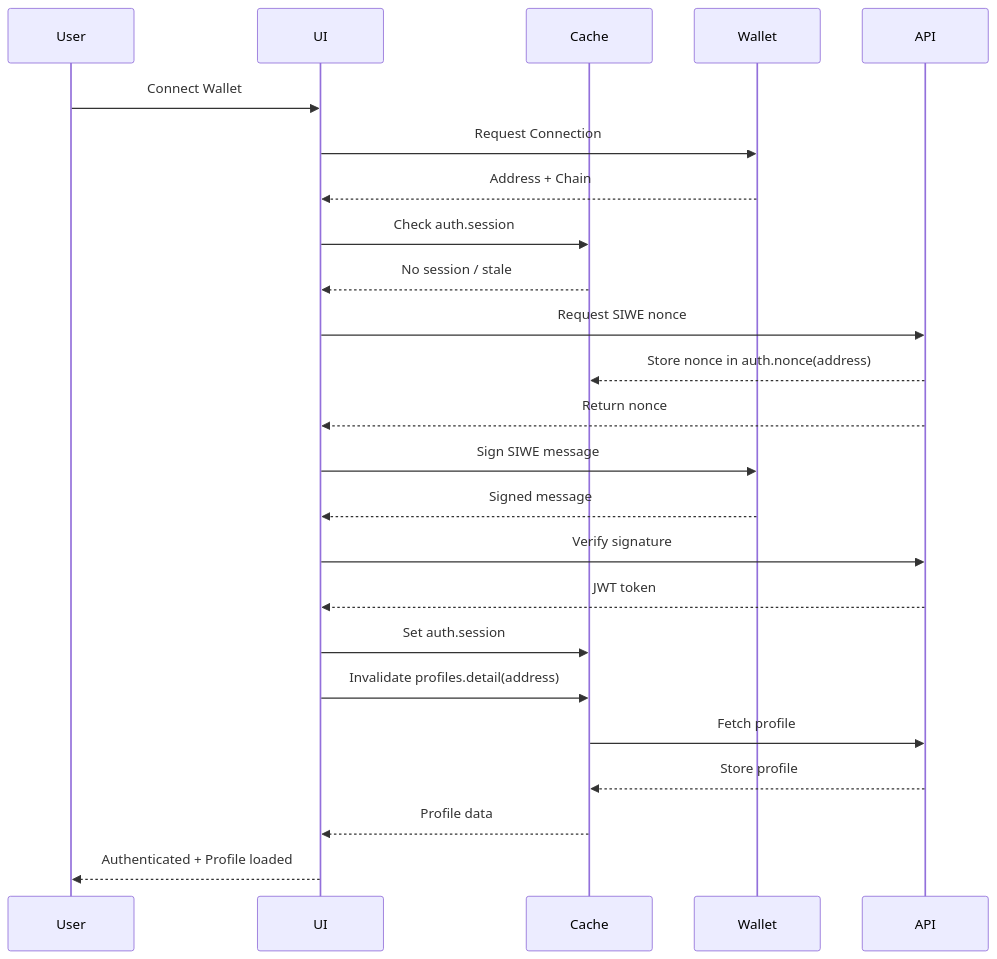
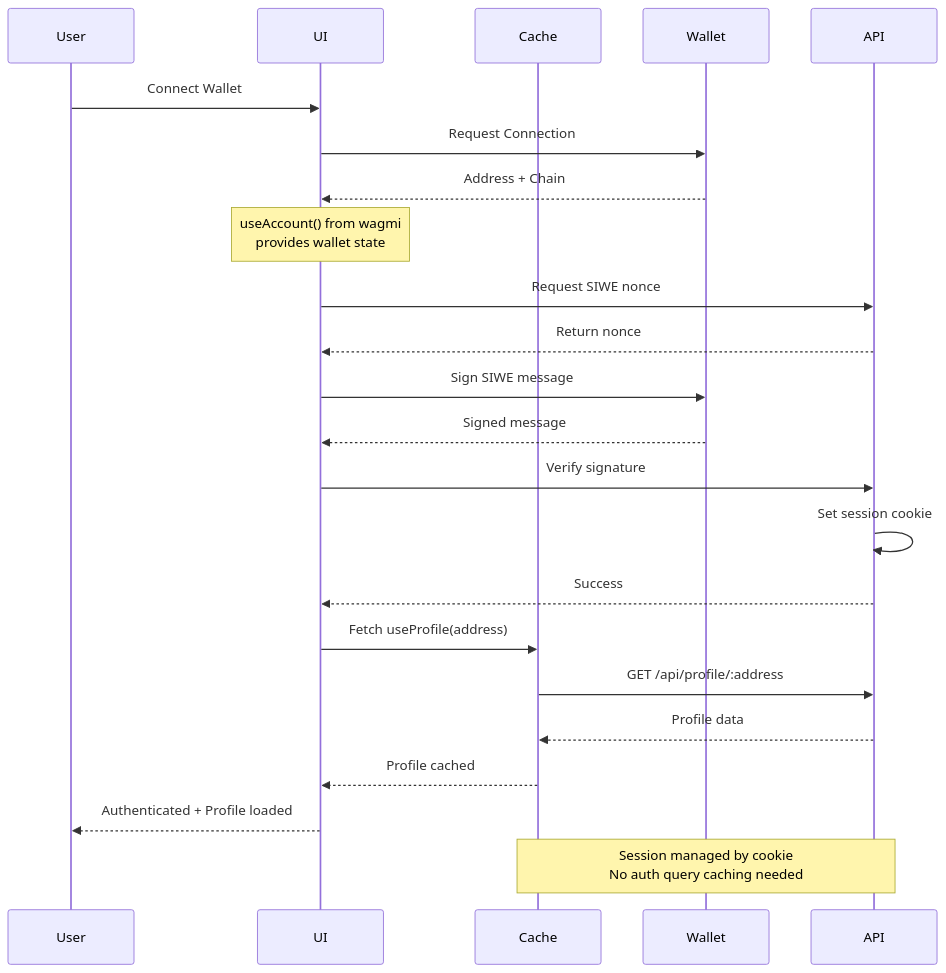
One commit to Gigentic/gigentic-escrow-minipay changed the fifth of 12 diagrams in QUERY_CACHE_ARCHITECTURE.md. Above: the diagram before and after it, drawn with Mermaid. The commit also changed other lines of this file, not shown here.

````diff
--- a/QUERY_CACHE_ARCHITECTURE.md
+++ b/QUERY_CACHE_ARCHITECTURE.md
@@ -326,34 +297,33 @@
 ```mermaid
 sequenceDiagram
     participant User
     participant UI
     participant Cache
     participant Wallet
     participant API
 
     User->>UI: Connect Wallet
     UI->>Wallet: Request Connection
     Wallet-->>UI: Address + Chain
 
-    UI->>Cache: Check auth.session
-    Cache-->>UI: No session / stale
+    Note over UI: useAccount() from wagmi<br/>provides wallet state
 
     UI->>API: Request SIWE nonce
-    API-->>Cache: Store nonce in auth.nonce(address)
     API-->>UI: Return nonce
 
     UI->>Wallet: Sign SIWE message
     Wallet-->>UI: Signed message
 
     UI->>API: Verify signature
-    API-->>UI: JWT token
+    API->>API: Set session cookie
+    API-->>UI: Success
 
-    UI->>Cache: Set auth.session
-    UI->>Cache: Invalidate profiles.detail(address)
-
-    Cache->>API: Fetch profile
-    API-->>Cache: Store profile
-    Cache-->>UI: Profile data
+    UI->>Cache: Fetch useProfile(address)
+    Cache->>API: GET /api/profile/:address
+    API-->>Cache: Profile data
+    Cache-->>UI: Profile cached
 
     UI-->>User: Authenticated + Profile loaded
+
+    Note over Cache,API: Session managed by cookie<br/>No auth query caching needed
 ```
````
